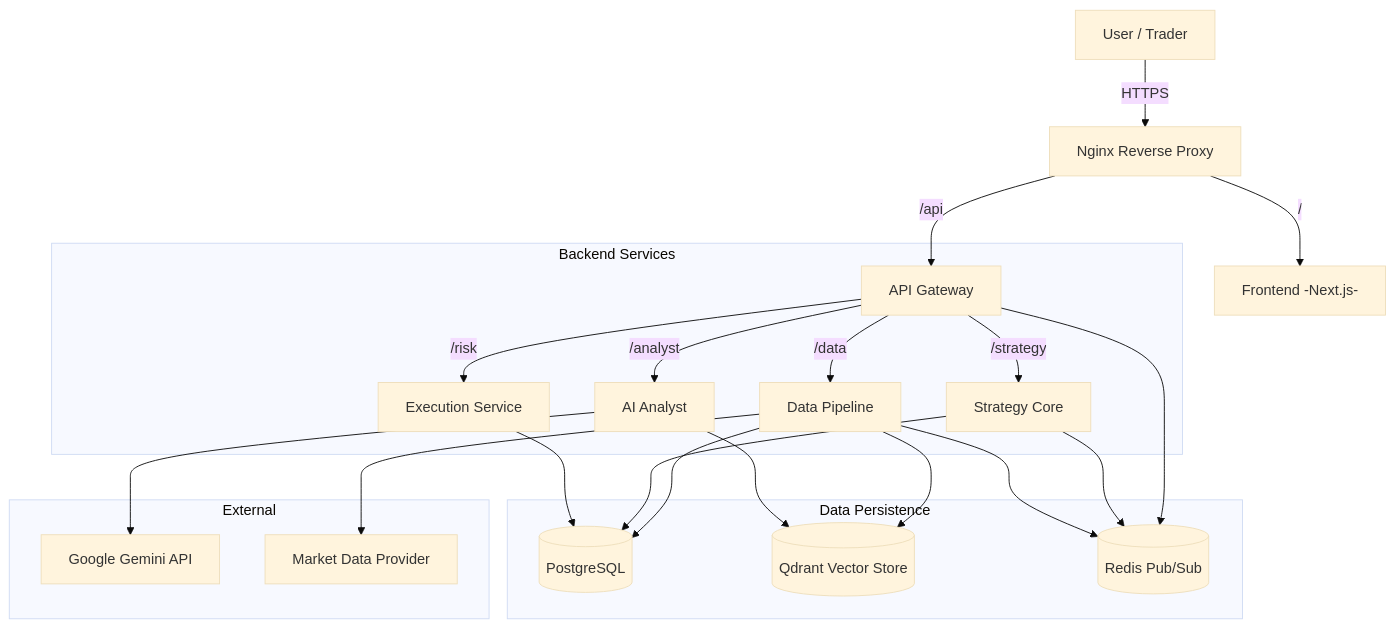
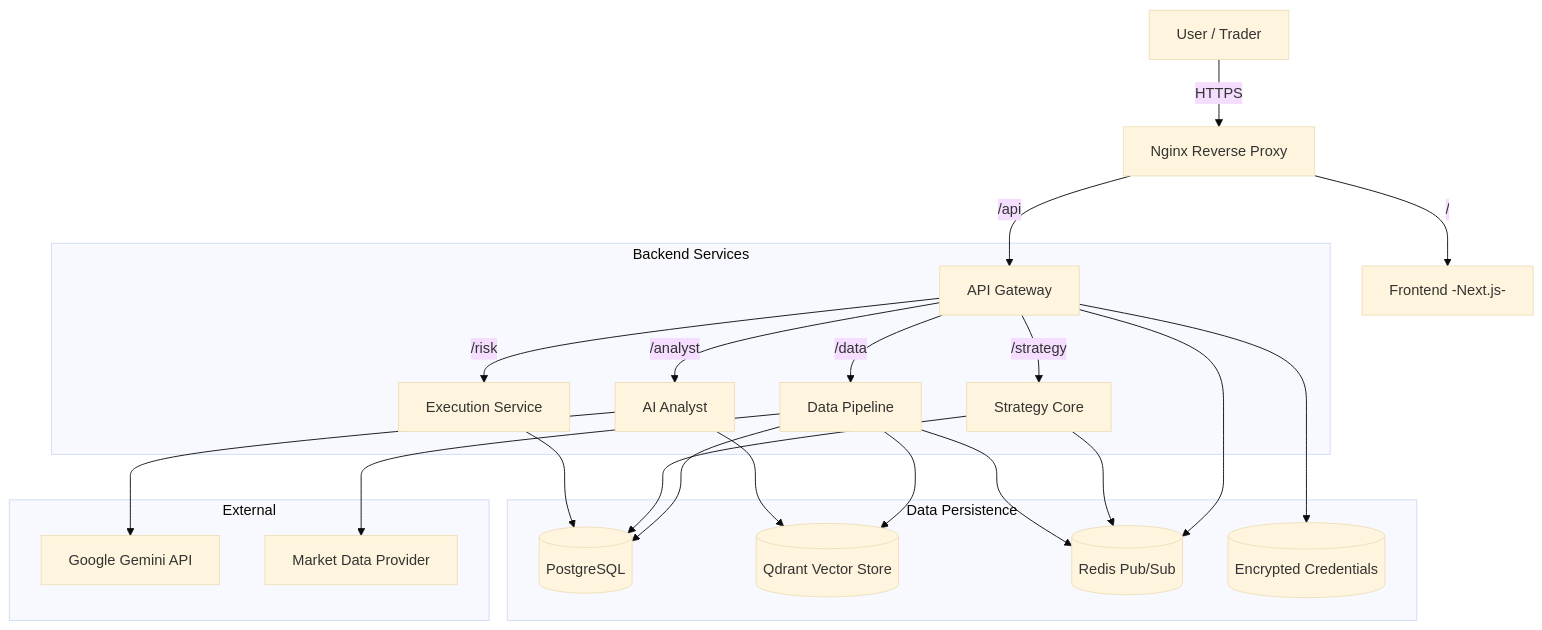
Before and after one commit to damrongsak/mtf-trading-system: the diagram in specs/01_architecture.md, drawn with Mermaid (base theme). The commit also changed other lines of this file and 4 other files, not shown here.

Commit message:
feat: add multi-broker account management with CRUD API, encrypted credentials, and updated architecture and requirements.

````diff
--- a/specs/01_architecture.md
+++ b/specs/01_architecture.md
@@ -9,29 +9,30 @@
 ```mermaid
 graph TD
     User[User / Trader] -->|HTTPS| Nginx[Nginx Reverse Proxy]
     Nginx -->|/api| Gateway[API Gateway]
     Nginx -->|/| Frontend[Frontend -Next.js-]
 
     subgraph "Backend Services"
         Gateway -->|/risk| Execution[Execution Service]
         Gateway -->|/strategy| Strategy[Strategy Core]
         Gateway -->|/analyst| AI[AI Analyst]
         Gateway -->|/data| Data[Data Pipeline]
     end
 
     subgraph "Data Persistence"
         Execution --> DB[(PostgreSQL)]
         Strategy --> DB
         Data --> DB
         AI --> Qdrant[(Qdrant Vector Store)]
         Data --> Qdrant
         Data --> Redis[(Redis Pub/Sub)]
         Strategy --> Redis
         Gateway --> Redis
+        Gateway --> Vault[(Encrypted Credentials)]
     end
 
     subgraph "External"
         AI --> Gemini[Google Gemini API]
         Data --> MarketData[Market Data Provider]
     end
 ```
````
